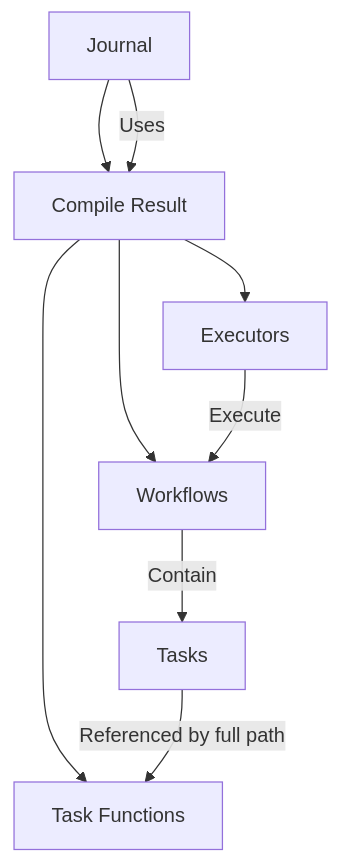
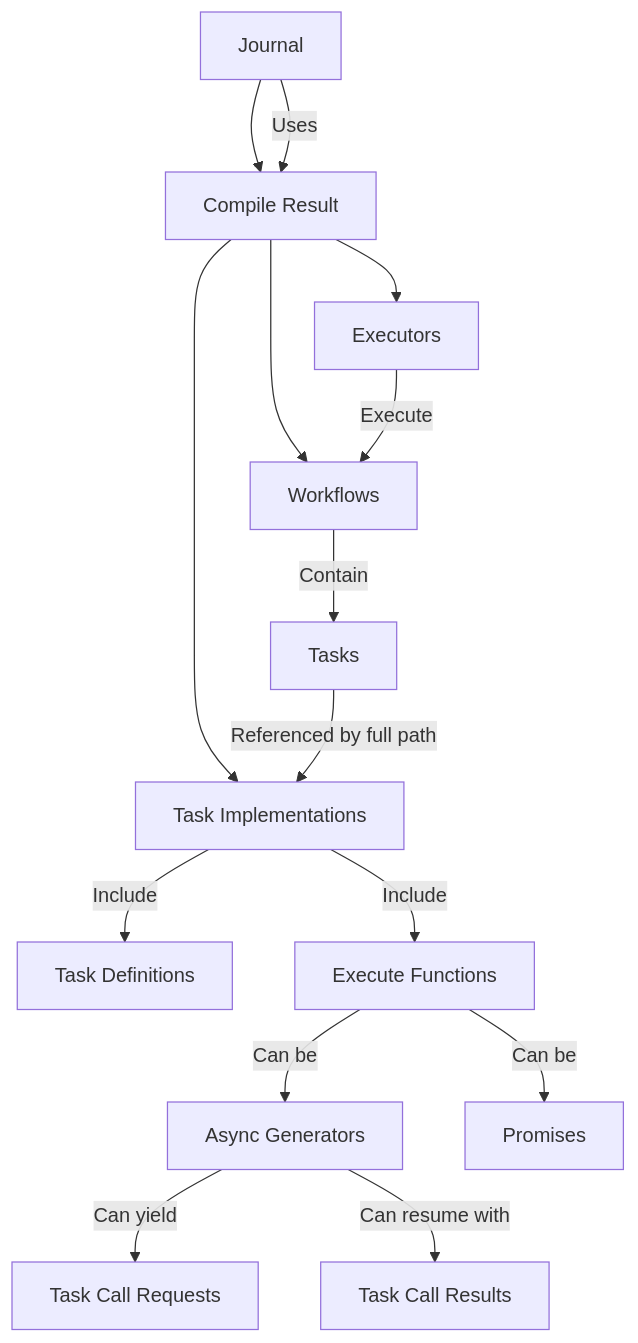
One commit to liamzdenek/ferment-ai changed the second of 3 diagrams in memory-bank/systemPatterns.md. Above: the diagram before and after it, drawn with Mermaid. The commit also changed other lines of this file and 10 other files, not shown here.

Commit message:
feat: refactor to use async iterable tasks

````diff
--- a/memory-bank/systemPatterns.md
+++ b/memory-bank/systemPatterns.md
@@ -37,12 +37,19 @@
 ```mermaid
 graph TD
     Journal[Journal] --> CompileResult[Compile Result]
     CompileResult --> Workflows[Workflows]
-    CompileResult --> TaskFunctions[Task Functions]
+    CompileResult --> TaskImpls[Task Implementations]
     CompileResult --> Executors[Executors]
     
     Workflows -->|Contain| Tasks
-    Tasks -->|Referenced by full path| TaskFunctions
+    Tasks -->|Referenced by full path| TaskImpls
     Executors -->|Execute| Workflows
     Journal -->|Uses| CompileResult
+    
+    TaskImpls -->|Include| TaskDefs[Task Definitions]
+    TaskImpls -->|Include| ExecuteFunctions[Execute Functions]
+    ExecuteFunctions -->|Can be| AsyncGenerators[Async Generators]
+    ExecuteFunctions -->|Can be| Promises[Promises]
+    AsyncGenerators -->|Can yield| TaskCallRequests[Task Call Requests]
+    AsyncGenerators -->|Can resume with| TaskCallResults[Task Call Results]
 ```
````
